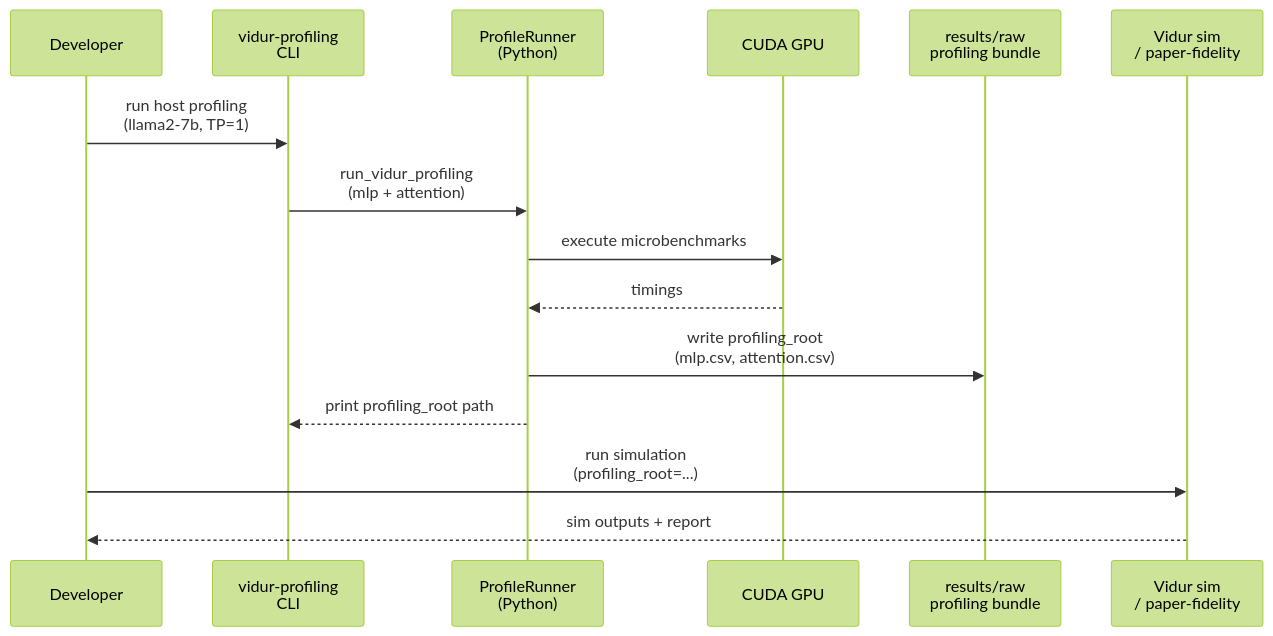
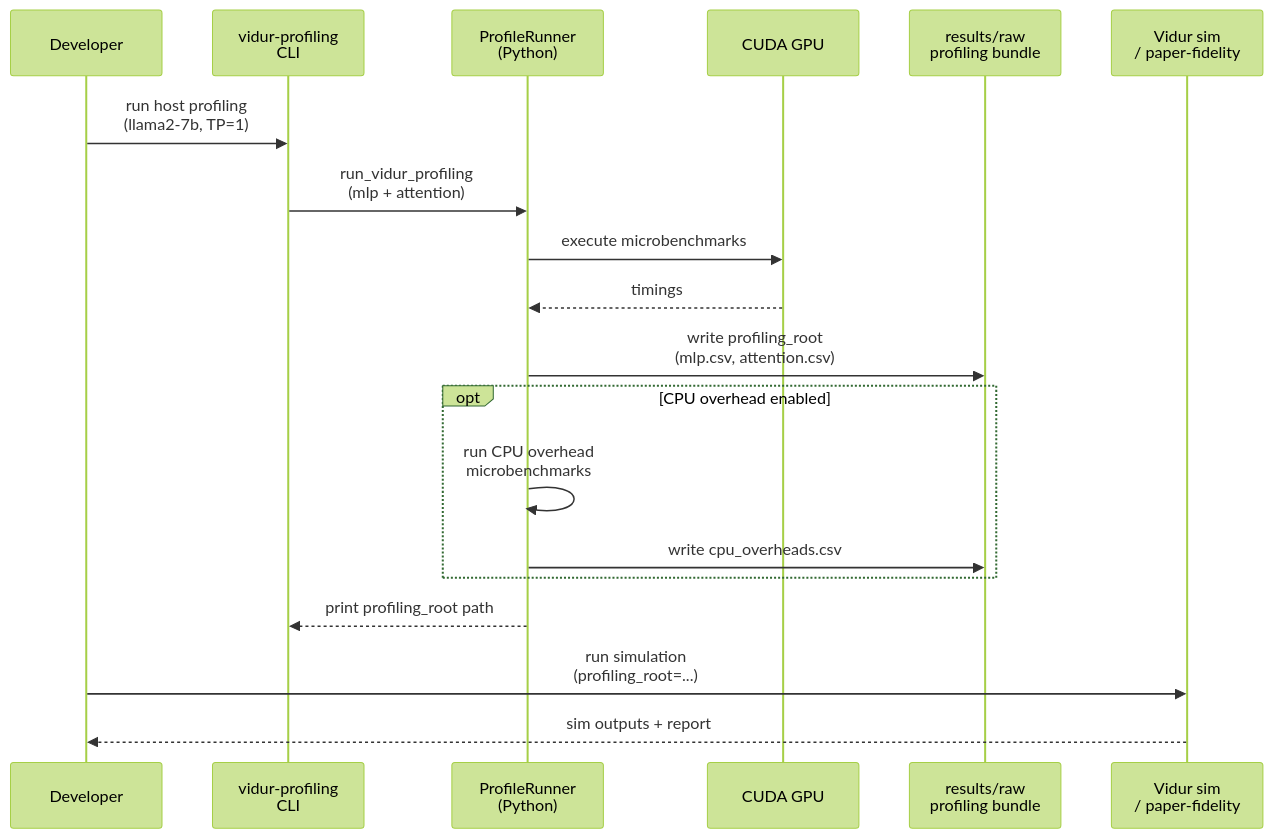
The diagram in context/plans/plan-vidur-profiling-llama2-7b.md (CodeGandee/gpu-simulate-test), drawn with Mermaid (forest theme) before and after one commit. The commit also changed other lines of this file, not shown here.

````diff
--- a/context/plans/plan-vidur-profiling-llama2-7b.md
+++ b/context/plans/plan-vidur-profiling-llama2-7b.md
@@ -61,19 +72,23 @@
 ```mermaid
 sequenceDiagram
     participant Dev as Developer
     participant CLI as vidur-profiling<br/>CLI
     participant PR as ProfileRunner<br/>(Python)
     participant GPU as CUDA GPU
     participant FS as results/raw<br/>profiling bundle
     participant SIM as Vidur sim<br/>/ paper-fidelity
 
     Dev->>CLI: run host profiling<br/>(llama2-7b, TP=1)
     CLI->>PR: run_vidur_profiling<br/>(mlp + attention)
     PR->>GPU: execute microbenchmarks
     GPU-->>PR: timings
     PR->>FS: write profiling_root<br/>(mlp.csv, attention.csv)
+    opt CPU overhead enabled
+        PR->>PR: run CPU overhead<br/>microbenchmarks
+        PR->>FS: write cpu_overheads.csv
+    end
     PR-->>CLI: print profiling_root path
 
     Dev->>SIM: run simulation<br/>(profiling_root=...)
     SIM-->>Dev: sim outputs + report
 ```
````
